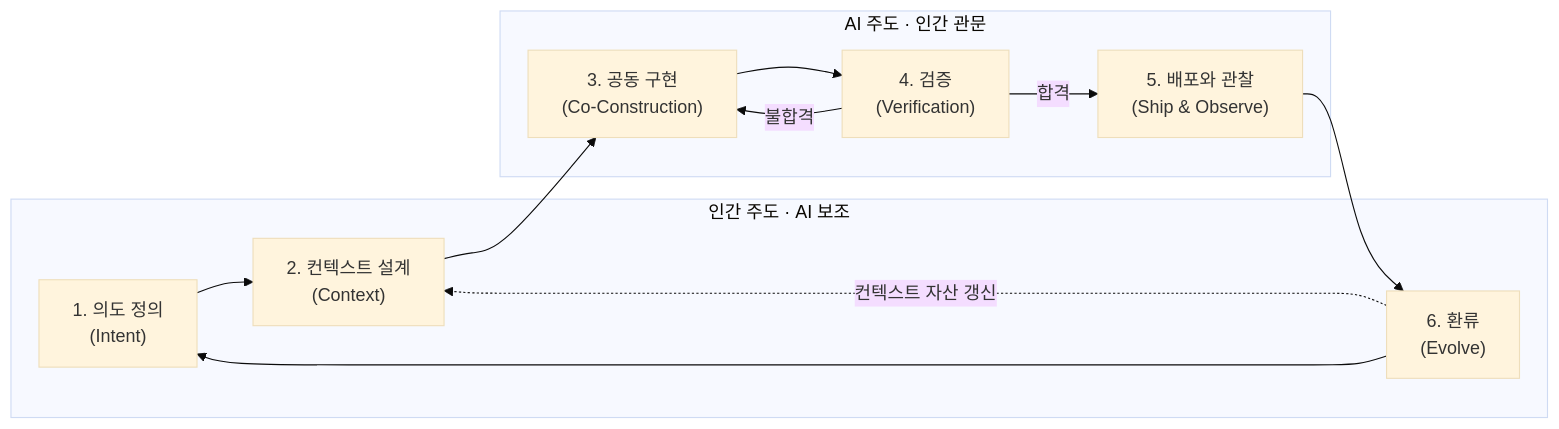
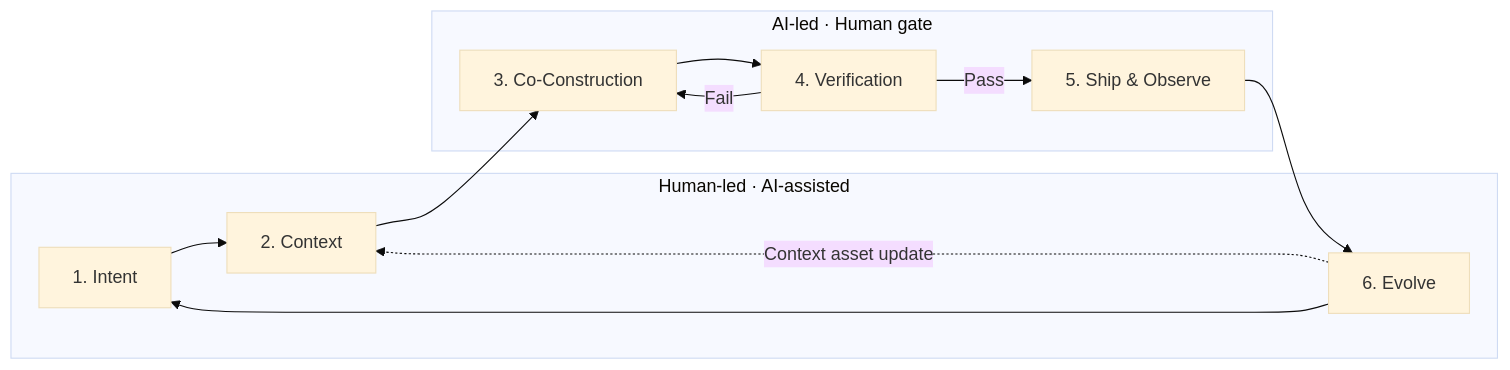
Before and after one commit to roboco-io/vibe-driven-development-lifecycle: the diagram in docs/index.md, drawn with Mermaid (base theme). The commit also changed other lines of this file and 57 other files, not shown here.

````diff
--- a/docs/index.md
+++ b/docs/index.md
@@ -38,21 +38,21 @@
 ```mermaid
 flowchart LR
-    subgraph H["인간 주도 · AI 보조"]
-        P1["1. 의도 정의<br/>(Intent)"]
-        P2["2. 컨텍스트 설계<br/>(Context)"]
-        P6["6. 환류<br/>(Evolve)"]
+    subgraph H["Human-led · AI-assisted"]
+        P1["1. Intent"]
+        P2["2. Context"]
+        P6["6. Evolve"]
     end
-    subgraph A["AI 주도 · 인간 관문"]
-        P3["3. 공동 구현<br/>(Co-Construction)"]
-        P4["4. 검증<br/>(Verification)"]
-        P5["5. 배포와 관찰<br/>(Ship & Observe)"]
+    subgraph A["AI-led · Human gate"]
+        P3["3. Co-Construction"]
+        P4["4. Verification"]
+        P5["5. Ship & Observe"]
     end
     P1 --> P2
     P2 --> P3
     P3 --> P4
-    P4 -->|"불합격"| P3
-    P4 -->|"합격"| P5
+    P4 -->|"Fail"| P3
+    P4 -->|"Pass"| P5
     P5 --> P6
     P6 --> P1
-    P6 -.->|"컨텍스트 자산 갱신"| P2
+    P6 -.->|"Context asset update"| P2
 ```
````
